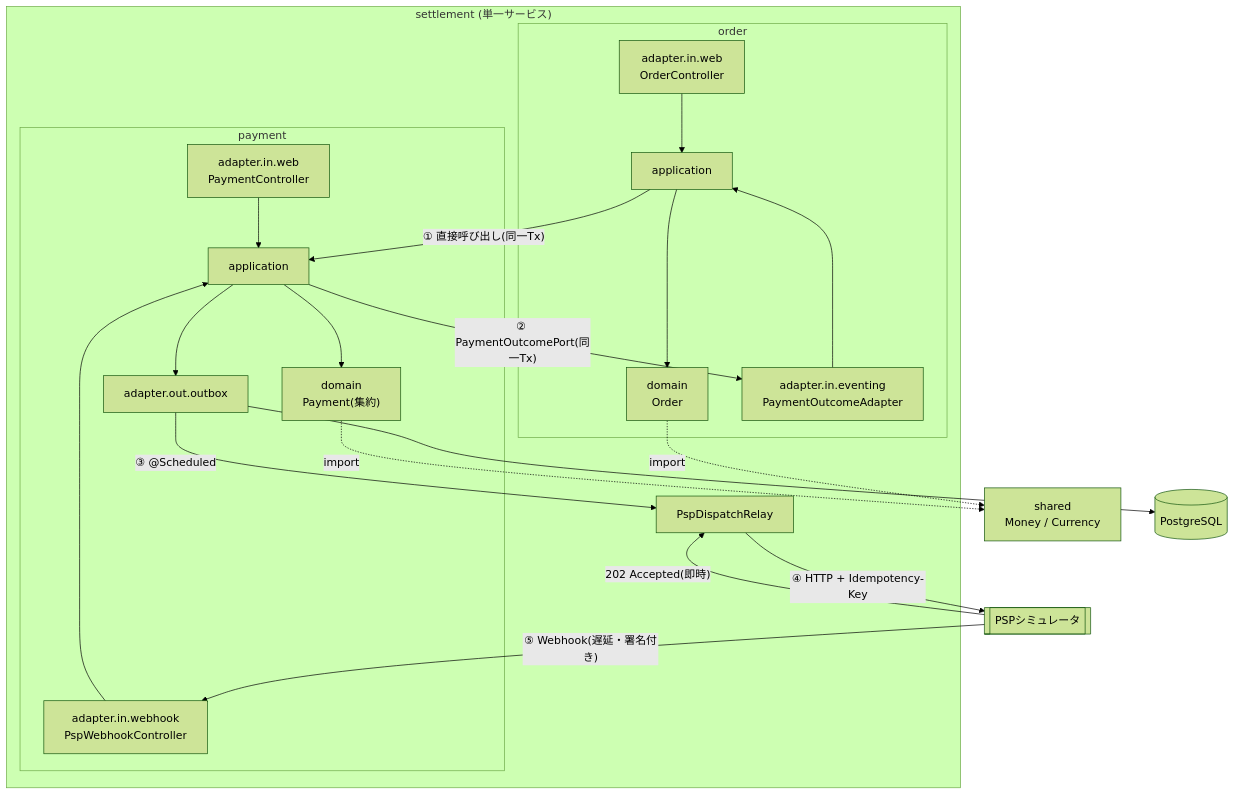
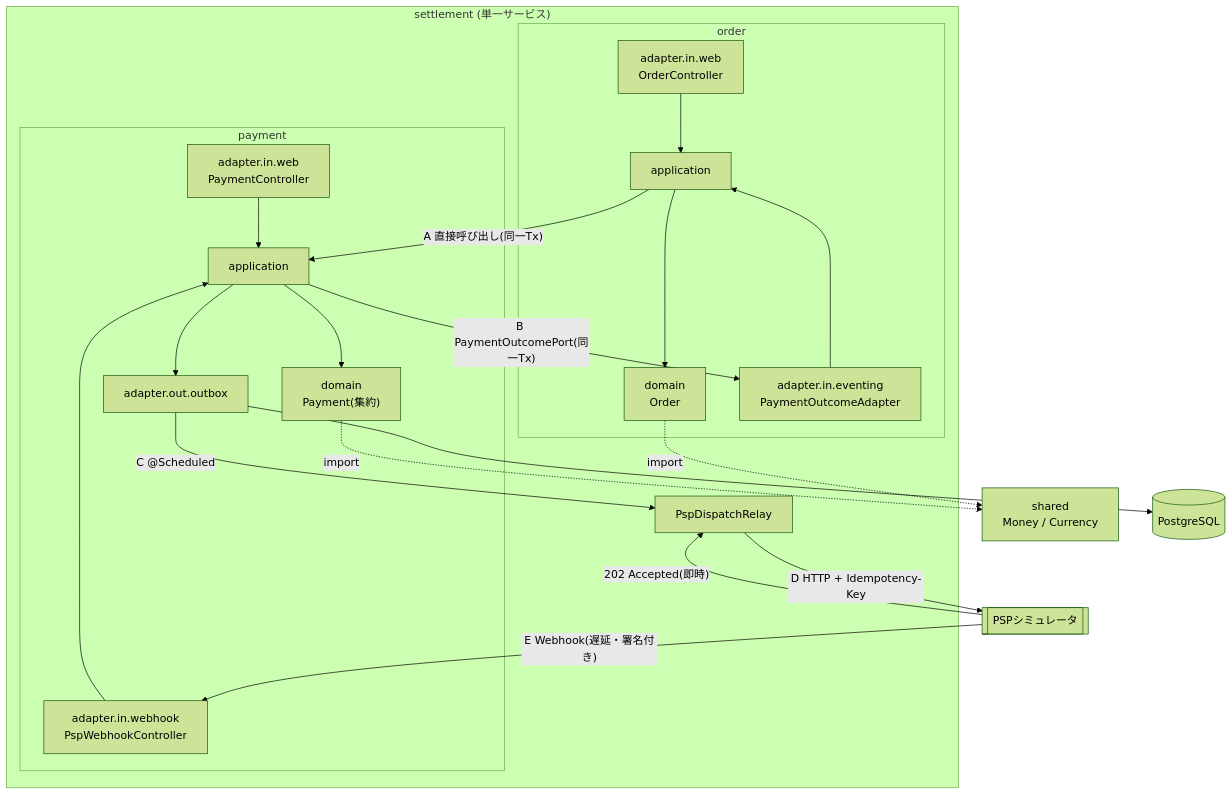
One commit to mizuna325/settlement changed the diagram in README.md. Above: the diagram before and after it, drawn with Mermaid (forest theme). The commit also changed other lines of this file and 1 other file, not shown here.

````diff
--- a/README.md
+++ b/README.md
@@ -274,25 +274,25 @@
 ```mermaid
 graph TB
   subgraph APP["settlement (単一サービス)"]
     subgraph OC["order"]
       OW["adapter.in.web<br/>OrderController"] --> OA["application"]
       OA --> OD["domain<br/>Order"]
       OE["adapter.in.eventing<br/>PaymentOutcomeAdapter"] --> OA
     end
     subgraph PC["payment"]
       PW["adapter.in.webhook<br/>PspWebhookController"] --> PA["application"]
       PQ["adapter.in.web<br/>PaymentController"] --> PA
       PA --> PD["domain<br/>Payment(集約)"]
       PA --> PO["adapter.out.outbox"]
     end
-    OA -- "① 直接呼び出し(同一Tx)" --> PA
-    PA -- "② PaymentOutcomePort(同一Tx)" --> OE
-    PO -- "③ @Scheduled" --> RELAY["PspDispatchRelay"]
+    OA -- "A 直接呼び出し(同一Tx)" --> PA
+    PA -- "B PaymentOutcomePort(同一Tx)" --> OE
+    PO -- "C @Scheduled" --> RELAY["PspDispatchRelay"]
   end
   OD -. import .-> SH["shared<br/>Money / Currency"]
   PD -. import .-> SH
   PO --> DB[("PostgreSQL")]
-  RELAY -- "④ HTTP + Idempotency-Key" --> PSP[["PSPシミュレータ"]]
+  RELAY -- "D HTTP + Idempotency-Key" --> PSP[["PSPシミュレータ"]]
   PSP -- "202 Accepted(即時)" --> RELAY
-  PSP -- "⑤ Webhook(遅延・署名付き)" --> PW
+  PSP -- "E Webhook(遅延・署名付き)" --> PW
 ```
````
